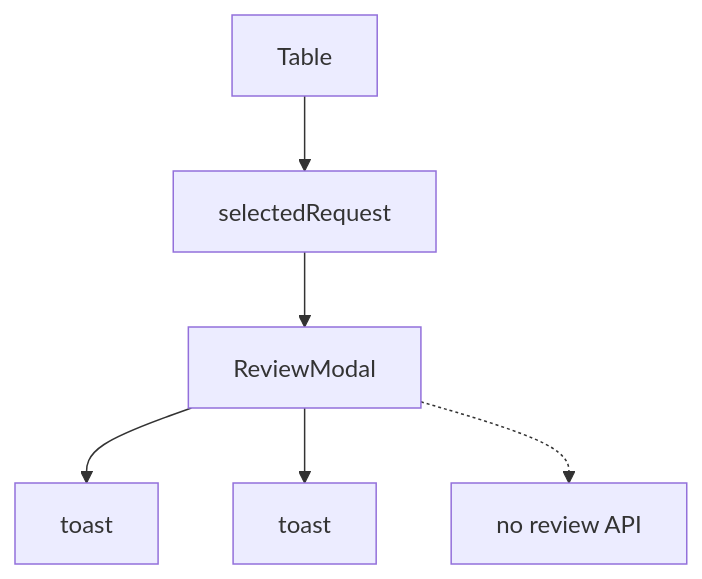
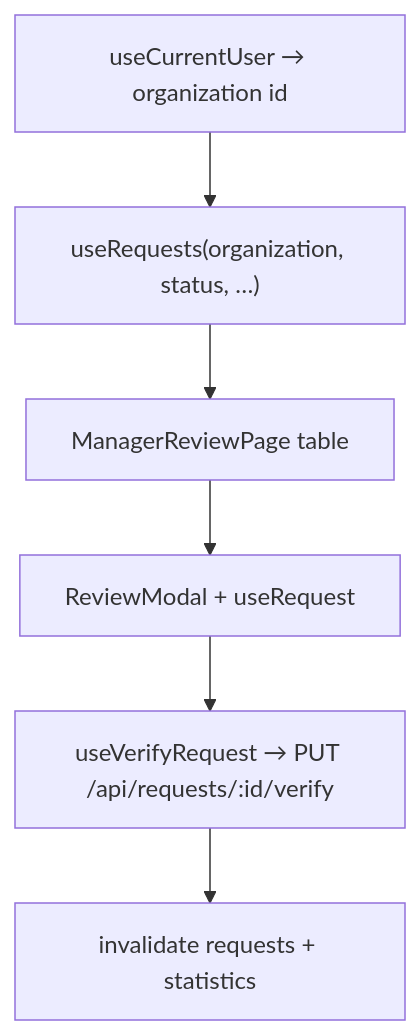
One commit to Qurbonsaid/murojaat24 changed the diagram in src/pages/manager-dashboard/README.md. Above: the diagram before and after it, drawn with Mermaid. The commit also changed other lines of this file and 70 other files, not shown here.

First line of the commit message:
feat(manager,specialist): wire review and mobile workflows to API

````diff
--- a/src/pages/manager-dashboard/README.md
+++ b/src/pages/manager-dashboard/README.md
@@ -19,8 +25,9 @@
 ```mermaid
 flowchart TD
-  Table --> Select["selectedRequest"]
-  Select --> Modal["ReviewModal"]
-  Modal --> Approve["toast"]
-  Modal --> Reject["toast"]
-  Modal -.-> API["no review API"]
+  Org["useCurrentUser → organization id"]
+  Org --> List["useRequests(organization, status, …)"]
+  List --> Table["ManagerReviewPage table"]
+  Table --> Modal["ReviewModal + useRequest"]
+  Modal --> Verify["useVerifyRequest → PUT /api/requests/:id/verify"]
+  Verify --> Invalidate["invalidate requests + statistics"]
 ```
````
